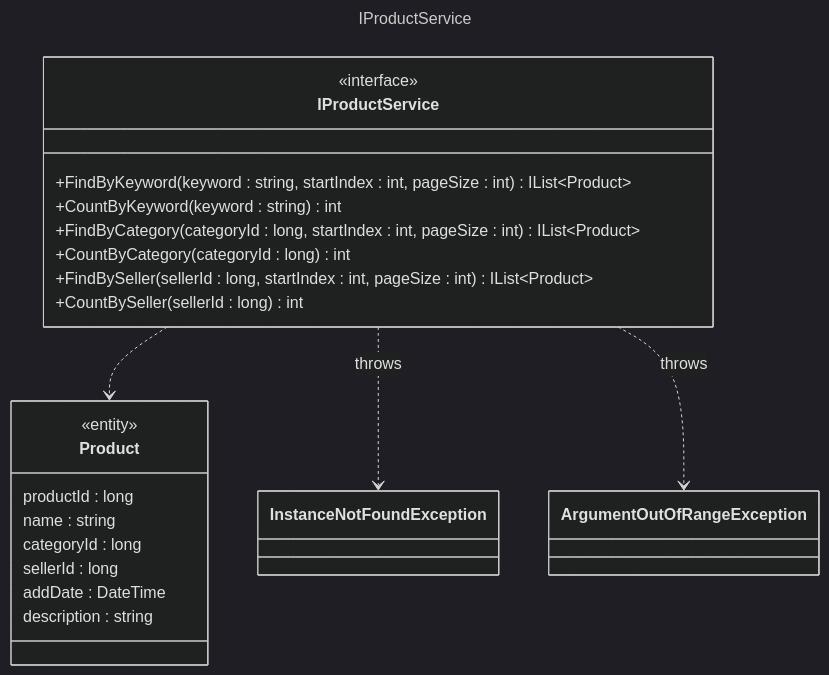
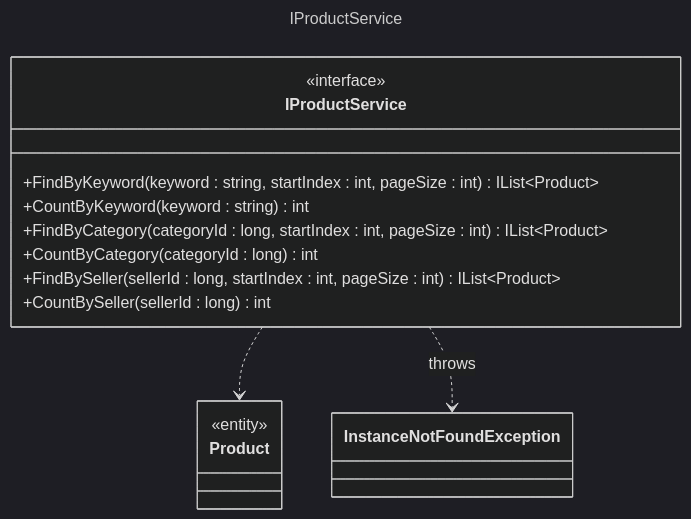
The fourth of 11 diagrams in README.md (Martinhdeez/memoria-trustify-preview), drawn with Mermaid (dark theme) before and after one commit. The commit also changed other lines of this file, not shown here.

Commit message:
Simplificar arquitectura global y diagramas de servicios

````diff
--- a/README.md
+++ b/README.md
@@ -268,28 +238,21 @@
 ```mermaid
 ---
 title: IProductService
 ---
 classDiagram
     class IProductService {
         <<interface>>
         +FindByKeyword(keyword : string, startIndex : int, pageSize : int) IList~Product~
         +CountByKeyword(keyword : string) int
         +FindByCategory(categoryId : long, startIndex : int, pageSize : int) IList~Product~
         +CountByCategory(categoryId : long) int
         +FindBySeller(sellerId : long, startIndex : int, pageSize : int) IList~Product~
         +CountBySeller(sellerId : long) int
     }
     class Product {
         <<entity>>
-        productId : long
-        name : string
-        categoryId : long
-        sellerId : long
-        addDate : DateTime
-        description : string
     }
 
     IProductService ..> Product
     IProductService ..> InstanceNotFoundException : throws
-    IProductService ..> ArgumentOutOfRangeException : throws
 ```
````
